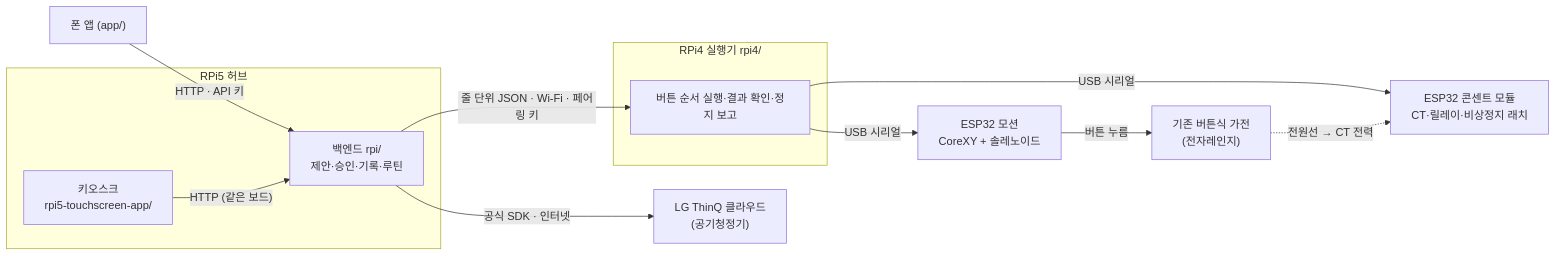
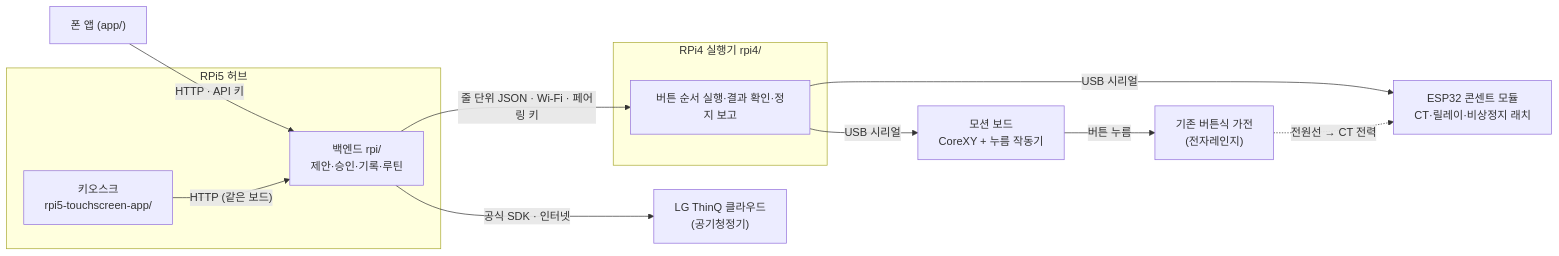
Before and after one commit to Seongwonp/Simplelay: the diagram in docs/architecture.md, drawn with Mermaid. The commit also changed other lines of this file and 39 other files, not shown here.

````diff
--- a/docs/architecture.md
+++ b/docs/architecture.md
@@ -11,24 +13,24 @@
 ```mermaid
 flowchart LR
     phone["폰 앱 (app/)"]
     subgraph rpi5["RPi5 허브"]
         hub["백엔드 rpi/<br/>제안·승인·기록·루틴"]
         kiosk["키오스크<br/>rpi5-touchscreen-app/"]
     end
     subgraph rpi4b["RPi4 실행기 rpi4/"]
         act["버튼 순서 실행·결과 확인·정지 보고"]
     end
-    motion["ESP32 모션<br/>CoreXY + 솔레노이드"]
+    motion["모션 보드<br/>CoreXY + 누름 작동기"]
     outlet["ESP32 콘센트 모듈<br/>CT·릴레이·비상정지 래치"]
     appliance["기존 버튼식 가전<br/>(전자레인지)"]
     thinq["LG ThinQ 클라우드<br/>(공기청정기)"]
 
     phone -->|"HTTP · API 키"| hub
     kiosk -->|"HTTP (같은 보드)"| hub
     hub -->|"줄 단위 JSON · Wi-Fi · 페어링 키"| act
     act -->|"USB 시리얼"| motion
     act -->|"USB 시리얼"| outlet
     motion -->|"버튼 누름"| appliance
     appliance -.->|"전원선 → CT 전력"| outlet
     hub -->|"공식 SDK · 인터넷"| thinq
 ```
````
